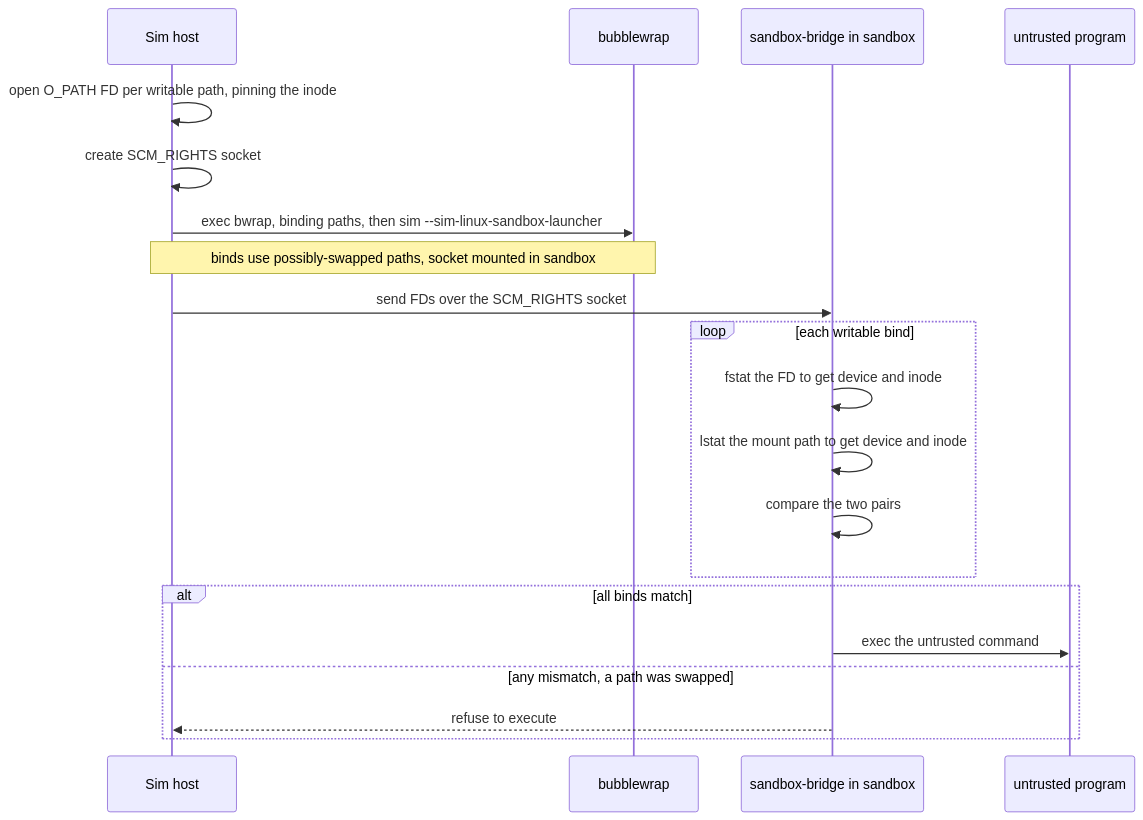
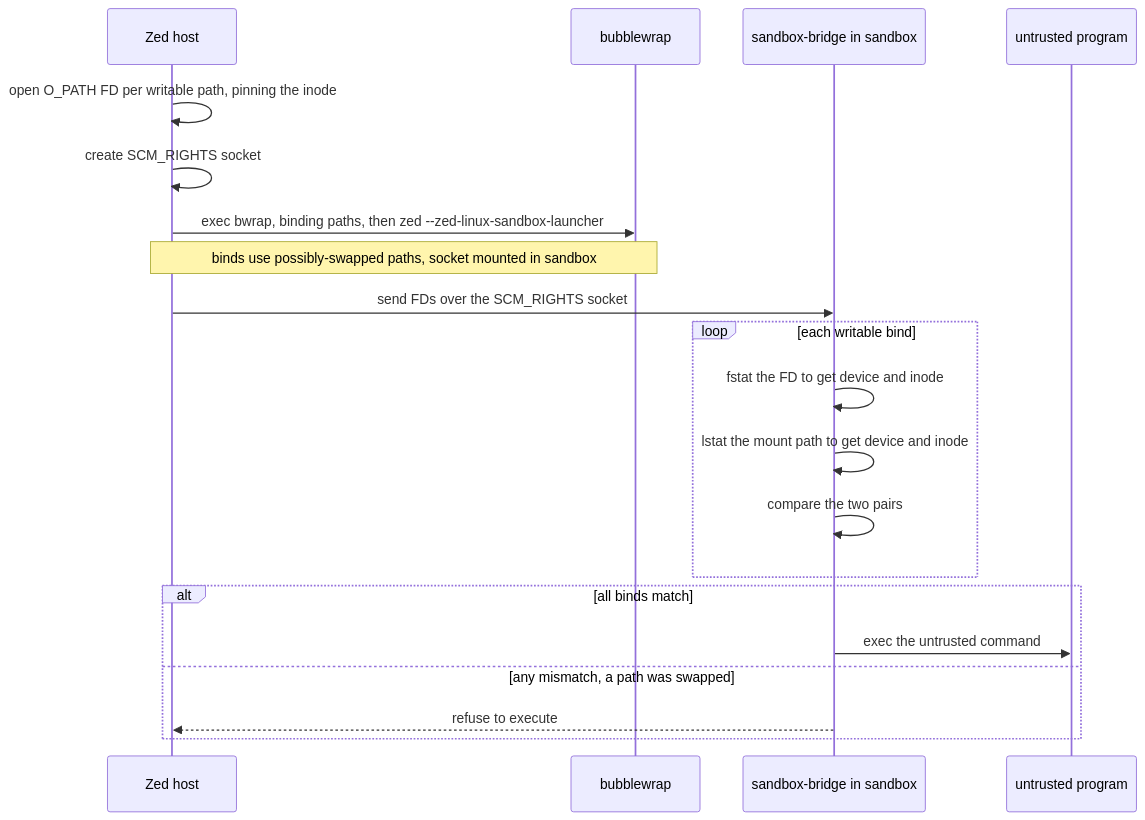
The second of 2 diagrams in crates/sandbox/README.md (imagineerings/xor), drawn with Mermaid before and after one commit. The commit also changed other lines of this file and 2547 other files, not shown here.

````diff
--- a/crates/sandbox/README.md
+++ b/crates/sandbox/README.md
@@ -203,23 +203,23 @@
 ```mermaid
 sequenceDiagram
-    participant Sim as Sim host
+    participant Zed as Zed host
     participant BW as bubblewrap
     participant Bridge as sandbox-bridge in sandbox
     participant Prog as untrusted program
 
-    Sim->>Sim: open O_PATH FD per writable path, pinning the inode
-    Sim->>Sim: create SCM_RIGHTS socket
-    Sim->>BW: exec bwrap, binding paths, then sim --sim-linux-sandbox-launcher
-    Note over Sim,BW: binds use possibly-swapped paths, socket mounted in sandbox
-    Sim->>Bridge: send FDs over the SCM_RIGHTS socket
+    Zed->>Zed: open O_PATH FD per writable path, pinning the inode
+    Zed->>Zed: create SCM_RIGHTS socket
+    Zed->>BW: exec bwrap, binding paths, then zed --zed-linux-sandbox-launcher
+    Note over Zed,BW: binds use possibly-swapped paths, socket mounted in sandbox
+    Zed->>Bridge: send FDs over the SCM_RIGHTS socket
     loop each writable bind
         Bridge->>Bridge: fstat the FD to get device and inode
         Bridge->>Bridge: lstat the mount path to get device and inode
         Bridge->>Bridge: compare the two pairs
     end
     alt all binds match
         Bridge->>Prog: exec the untrusted command
     else any mismatch, a path was swapped
-        Bridge-->>Sim: refuse to execute
+        Bridge-->>Zed: refuse to execute
     end
 ```
````
